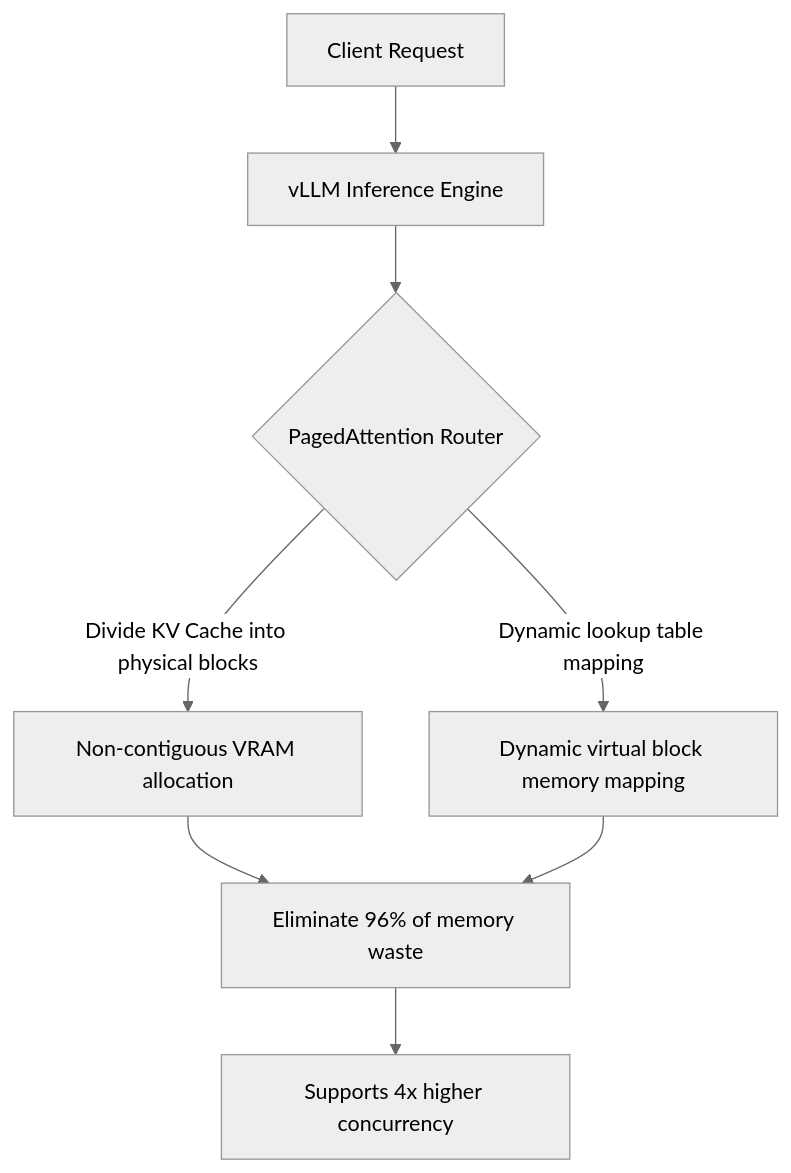
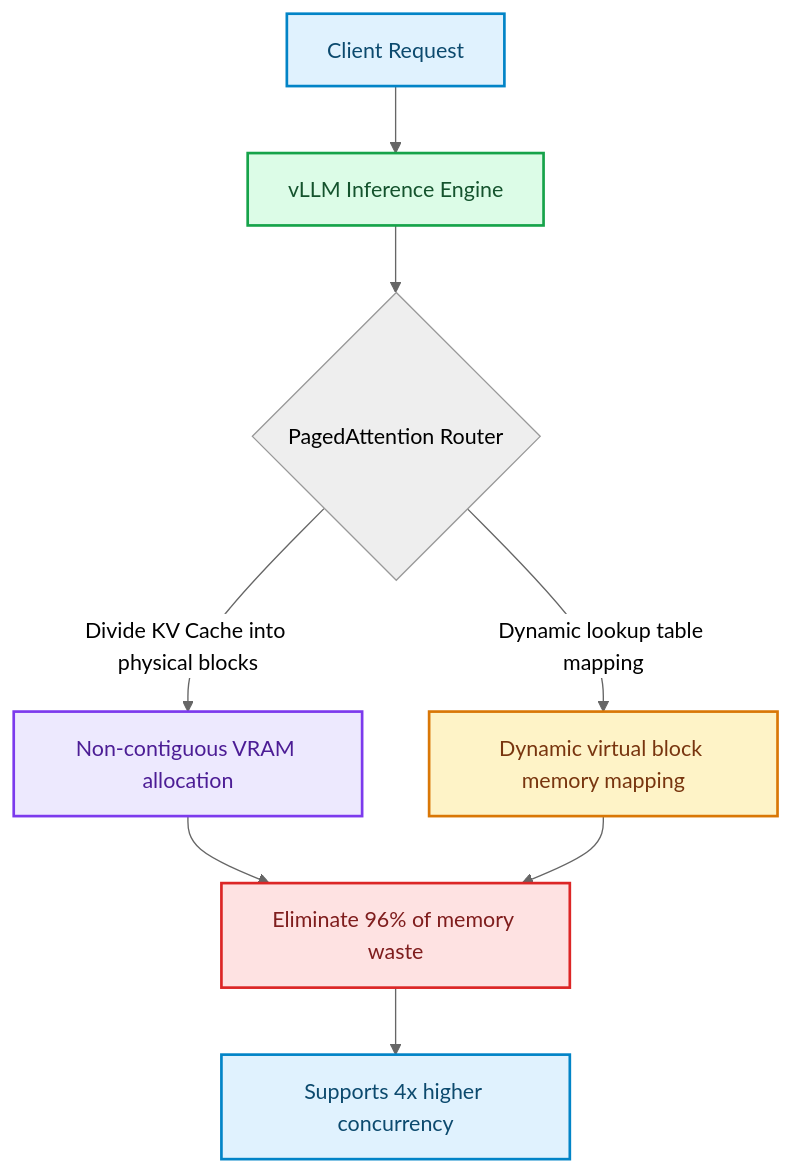
The diagram in blog/posts/distillation-model-serving-quantization-vllm-ollama.md (akmalkhaniub/akmalkhaniub.github.io), drawn with Mermaid (neutral theme) before and after one commit. The commit also changed other lines of this file and 1291 other files, not shown here.

First line of the commit message:
feat(catalog): unique covers, scholarly references, and diagram palettes

````diff
--- a/blog/posts/distillation-model-serving-quantization-vllm-ollama.md
+++ b/blog/posts/distillation-model-serving-quantization-vllm-ollama.md
@@ -17,10 +17,21 @@
 ```mermaid
 flowchart TD
-  A[Client Request] --> B[vLLM Inference Engine]
+  A["Client Request"] --> B["vLLM Inference Engine"]
   B --> C{PagedAttention Router}
-  C -->|Divide KV Cache into physical blocks| D[Non-contiguous VRAM allocation]
-  C -->|Dynamic lookup table mapping| E[Dynamic virtual block memory mapping]
-  D --> F[Eliminate 96% of memory waste]
+  C -->|Divide KV Cache into physical blocks| D["Non-contiguous VRAM allocation"]
+  C -->|Dynamic lookup table mapping| E["Dynamic virtual block memory mapping"]
+  D --> F["Eliminate 96% of memory waste"]
   E --> F
-  F --> G[Supports 4x higher concurrency]
+  F --> G["Supports 4x higher concurrency"]
+
+classDef green fill:#dcfce7,stroke:#16a34a,stroke-width:2px,color:#14532d;
+classDef red fill:#fee2e2,stroke:#dc2626,stroke-width:2px,color:#7f1d1d;
+classDef blue fill:#e0f2fe,stroke:#0284c7,stroke-width:2px,color:#0c4a6e;
+classDef yellow fill:#fef3c7,stroke:#d97706,stroke-width:2px,color:#78350f;
+classDef purple fill:#ede9fe,stroke:#7c3aed,stroke-width:2px,color:#4c1d95;
+class A,G blue
+class B green
+class D purple
+class E yellow
+class F red
 ```
````
